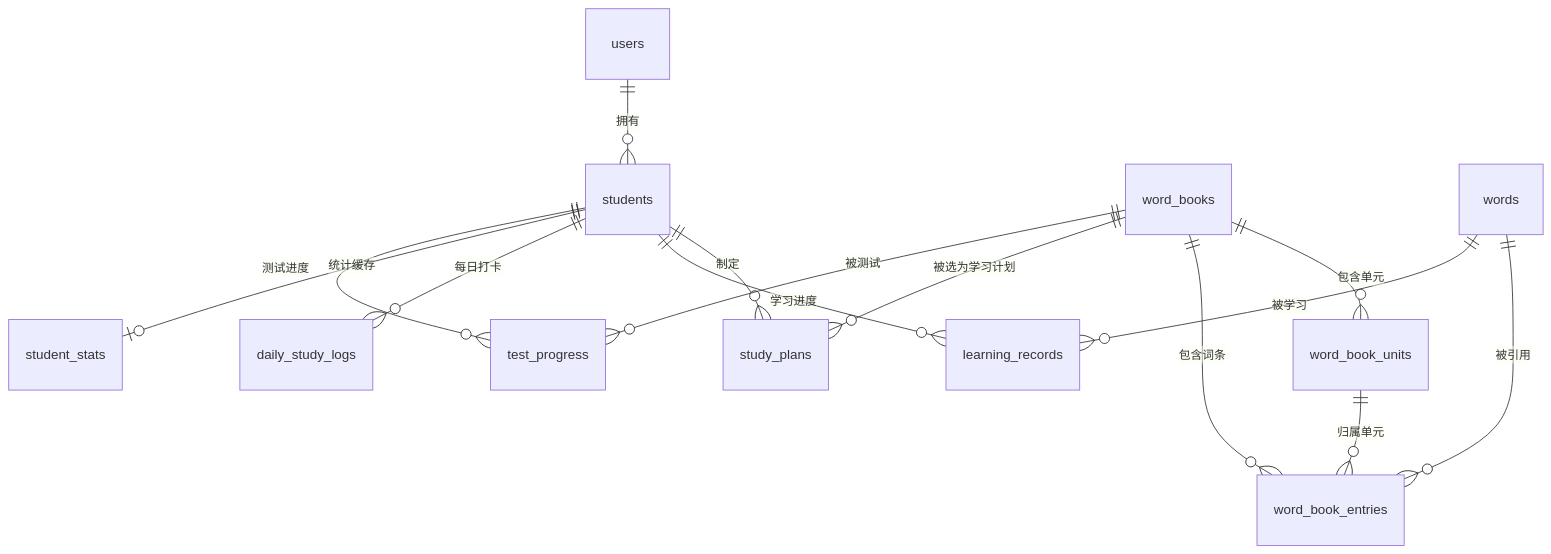
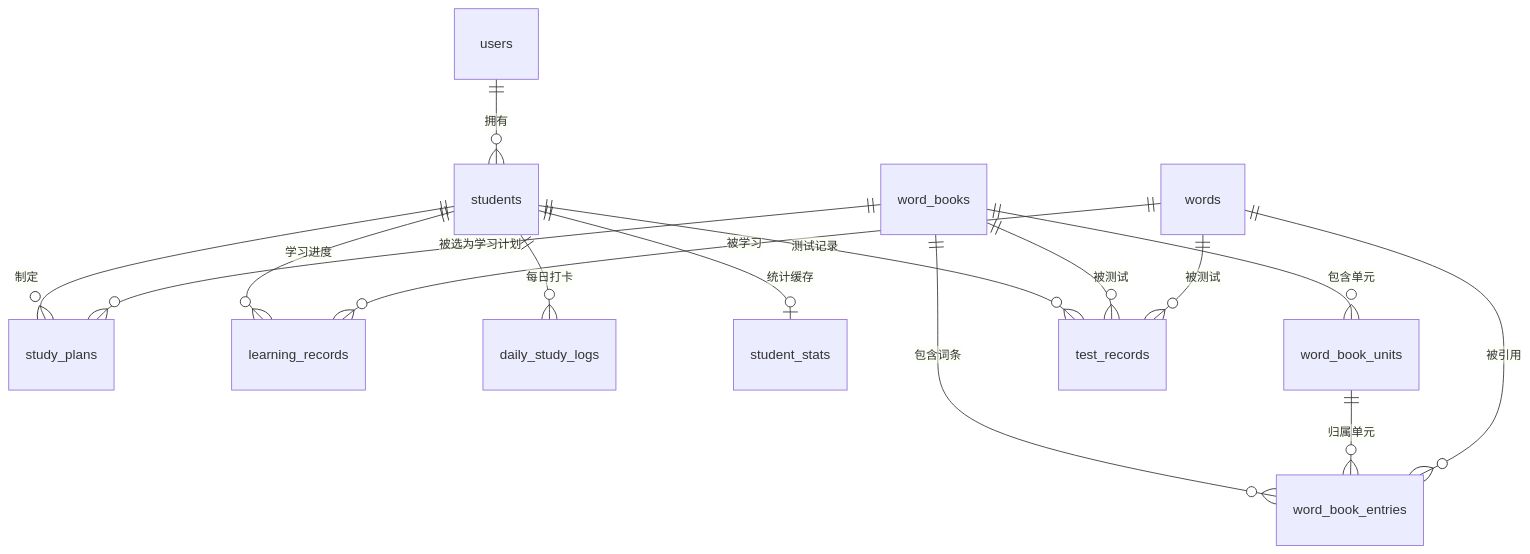
One commit to sunsheng/kids-english-family changed the diagram in docs/database-schema.md. Above: the diagram before and after it, drawn with Mermaid. The commit also changed other lines of this file and 7 other files, not shown here.

````diff
--- a/docs/database-schema.md
+++ b/docs/database-schema.md
@@ -16,16 +16,17 @@
 ```mermaid
 erDiagram
     users ||--o{ students : "拥有"
     students ||--o{ study_plans : "制定"
     students ||--o{ learning_records : "学习进度"
     students ||--o{ daily_study_logs : "每日打卡"
     students ||--o| student_stats : "统计缓存"
     word_books ||--o{ word_book_units : "包含单元"
     word_books ||--o{ word_book_entries : "包含词条"
     word_book_units ||--o{ word_book_entries : "归属单元"
     words ||--o{ word_book_entries : "被引用"
     words ||--o{ learning_records : "被学习"
     word_books ||--o{ study_plans : "被选为学习计划"
-    students ||--o{ test_progress : "测试进度"
-    word_books ||--o{ test_progress : "被测试"
+    students ||--o{ test_records : "测试记录"
+    word_books ||--o{ test_records : "被测试"
+    words ||--o{ test_records : "被测试"
 ```
````
